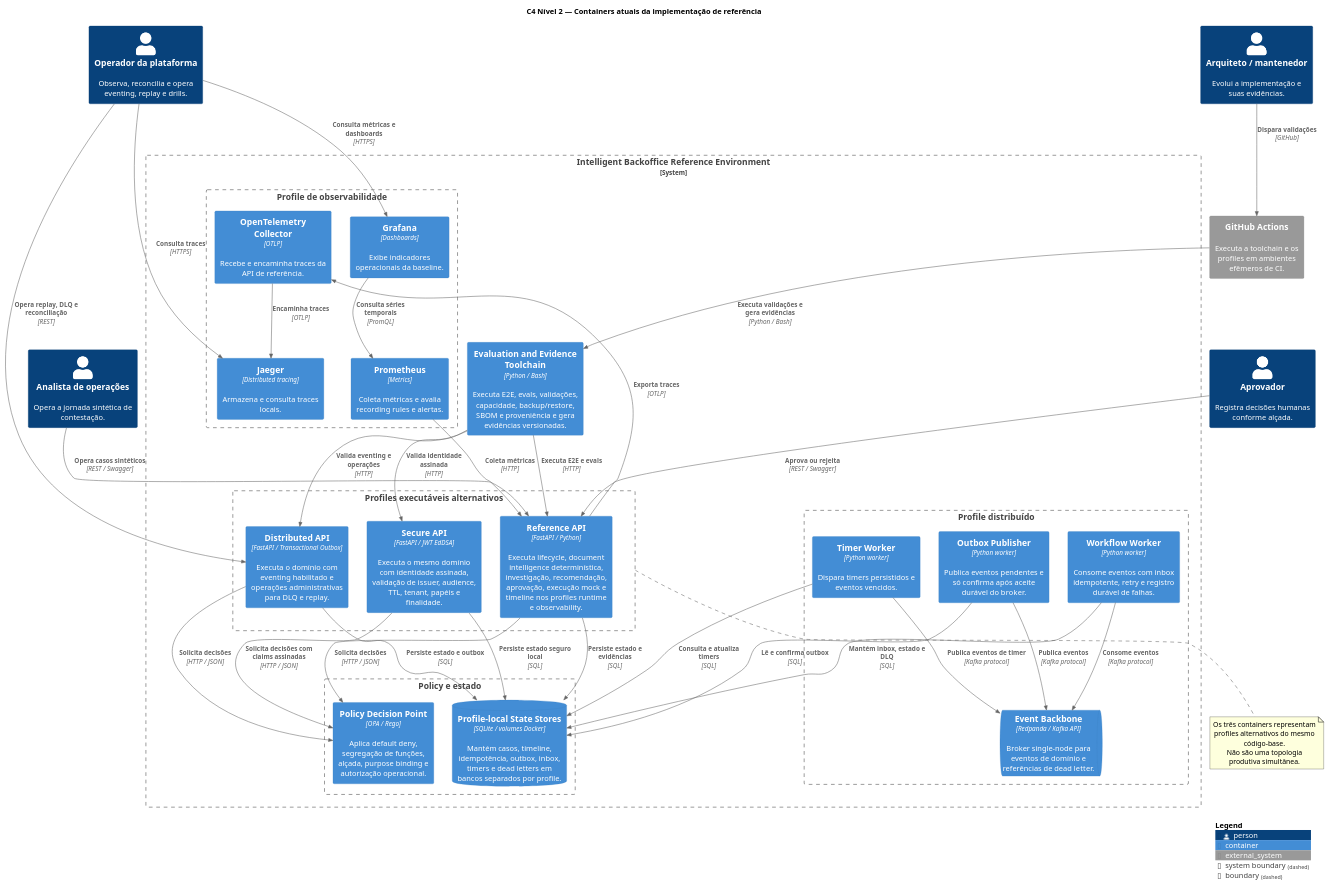
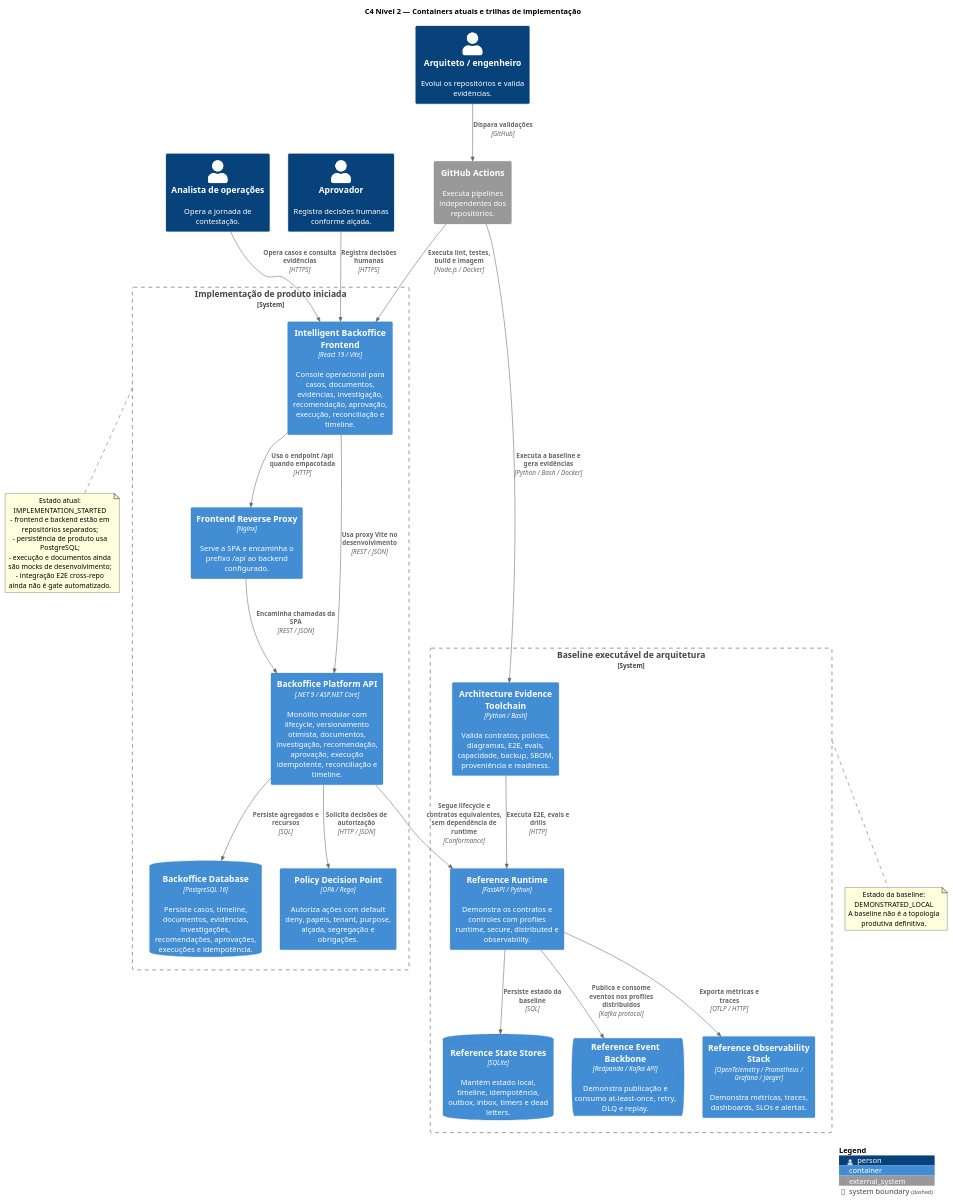
One commit to leandrosflora/intelligent-backoffice-platform-architecture changed the diagram in C4/c4-container-current.puml. Above: the diagram before and after it, drawn with PlantUML.

Commit message:
Atualiza containers C4 para frontend e backend de produto

```diff
--- a/C4/c4-container-current.puml
+++ b/C4/c4-container-current.puml
@@ -1,80 +1,61 @@
 @startuml
 !include <C4/C4_Container>
 
-title C4 Nível 2 — Containers atuais da implementação de referência
+title C4 Nível 2 — Containers atuais e trilhas de implementação
 LAYOUT_TOP_DOWN()
 
-Person(analyst, "Analista de operações", "Opera a jornada sintética de contestação.")
+Person(analyst, "Analista de operações", "Opera a jornada de contestação.")
 Person(approver, "Aprovador", "Registra decisões humanas conforme alçada.")
-Person(operator, "Operador da plataforma", "Observa, reconcilia e opera eventing, replay e drills.")
-Person(maintainer, "Arquiteto / mantenedor", "Evolui a implementação e suas evidências.")
+Person(engineer, "Arquiteto / engenheiro", "Evolui os repositórios e valida evidências.")
 
-System_Boundary(reference, "Intelligent Backoffice Reference Environment") {
-  Boundary(apiProfiles, "Profiles executáveis alternativos") {
-    Container(runtimeApi, "Reference API", "FastAPI / Python", "Executa lifecycle, document intelligence determinística, investigação, recomendação, aprovação, execução mock e timeline nos profiles runtime e observability.")
-    Container(secureApi, "Secure API", "FastAPI / JWT EdDSA", "Executa o mesmo domínio com identidade assinada, validação de issuer, audience, TTL, tenant, papéis e finalidade.")
-    Container(distributedApi, "Distributed API", "FastAPI / Transactional Outbox", "Executa o domínio com eventing habilitado e operações administrativas para DLQ e replay.")
-  }
-
-  Boundary(policyAndState, "Policy e estado") {
-    Container(opa, "Policy Decision Point", "OPA / Rego", "Aplica default deny, segregação de funções, alçada, purpose binding e autorização operacional.")
-    ContainerDb(sqlite, "Profile-local State Stores", "SQLite / volumes Docker", "Mantém casos, timeline, idempotência, outbox, inbox, timers e dead letters em bancos separados por profile.")
-  }
-
-  Boundary(distributedProfile, "Profile distribuído") {
-    Container(outboxPublisher, "Outbox Publisher", "Python worker", "Publica eventos pendentes e só confirma após aceite durável do broker.")
-    Container(workflowWorker, "Workflow Worker", "Python worker", "Consome eventos com inbox idempotente, retry e registro durável de falhas.")
-    Container(timerWorker, "Timer Worker", "Python worker", "Dispara timers persistidos e eventos vencidos.")
-    ContainerQueue(redpanda, "Event Backbone", "Redpanda / Kafka API", "Broker single-node para eventos de domínio e referências de dead letter.")
-  }
-
-  Boundary(observabilityProfile, "Profile de observabilidade") {
-    Container(otel, "OpenTelemetry Collector", "OTLP", "Recebe e encaminha traces da API de referência.")
-    Container(prometheus, "Prometheus", "Metrics", "Coleta métricas e avalia recording rules e alertas.")
-    Container(grafana, "Grafana", "Dashboards", "Exibe indicadores operacionais da baseline.")
-    Container(jaeger, "Jaeger", "Distributed tracing", "Armazena e consulta traces locais.")
-  }
-
-  Container(toolchain, "Evaluation and Evidence Toolchain", "Python / Bash", "Executa E2E, evals, validações, capacidade, backup/restore, SBOM e proveniência e gera evidências versionadas.")
+System_Boundary(product, "Implementação de produto iniciada") {
+  Container(spa, "Intelligent Backoffice Frontend", "React 19 / Vite", "Console operacional para casos, documentos, evidências, investigação, recomendação, aprovação, execução, reconciliação e timeline.")
+  Container(reverseProxy, "Frontend Reverse Proxy", "Nginx", "Serve a SPA e encaminha o prefixo /api ao backend configurado.")
+  Container(api, "Backoffice Platform API", ".NET 9 / ASP.NET Core", "Monólito modular com lifecycle, versionamento otimista, documentos, investigação, recomendação, aprovação, execução idempotente, reconciliação e timeline.")
+  ContainerDb(postgres, "Backoffice Database", "PostgreSQL 16", "Persiste casos, timeline, documentos, evidências, investigações, recomendações, aprovações, execuções e idempotência.")
+  Container(opaProduct, "Policy Decision Point", "OPA / Rego", "Autoriza ações com default deny, papéis, tenant, purpose, alçada, segregação e obrigações.")
 }
 
-System_Ext(actions, "GitHub Actions", "Executa a toolchain e os profiles em ambientes efêmeros de CI.")
+System_Boundary(reference, "Baseline executável de arquitetura") {
+  Container(referenceApi, "Reference Runtime", "FastAPI / Python", "Demonstra os contratos e controles com profiles runtime, secure, distributed e observability.")
+  ContainerDb(sqlite, "Reference State Stores", "SQLite", "Mantém estado local, timeline, idempotência, outbox, inbox, timers e dead letters.")
+  ContainerQueue(redpanda, "Reference Event Backbone", "Redpanda / Kafka API", "Demonstra publicação e consumo at-least-once, retry, DLQ e replay.")
+  Container(observability, "Reference Observability Stack", "OpenTelemetry / Prometheus / Grafana / Jaeger", "Demonstra métricas, traces, dashboards, SLOs e alertas.")
+  Container(toolchain, "Architecture Evidence Toolchain", "Python / Bash", "Valida contratos, policies, diagramas, E2E, evals, capacidade, backup, SBOM, proveniência e readiness.")
+}
 
-Rel(analyst, runtimeApi, "Opera casos sintéticos", "REST / Swagger")
-Rel(approver, runtimeApi, "Aprova ou rejeita", "REST / Swagger")
-Rel(operator, distributedApi, "Opera replay, DLQ e reconciliação", "REST")
-Rel(operator, grafana, "Consulta métricas e dashboards", "HTTPS")
-Rel(operator, jaeger, "Consulta traces", "HTTPS")
-Rel(maintainer, actions, "Dispara validações", "GitHub")
+System_Ext(actions, "GitHub Actions", "Executa pipelines independentes dos repositórios.")
 
-Rel(runtimeApi, opa, "Solicita decisões", "HTTP / JSON")
-Rel(runtimeApi, sqlite, "Persiste estado e evidências", "SQL")
-Rel(secureApi, opa, "Solicita decisões com claims assinadas", "HTTP / JSON")
-Rel(secureApi, sqlite, "Persiste estado seguro local", "SQL")
-Rel(distributedApi, opa, "Solicita decisões", "HTTP / JSON")
-Rel(distributedApi, sqlite, "Persiste estado e outbox", "SQL")
+Rel(analyst, spa, "Opera casos e consulta evidências", "HTTPS")
+Rel(approver, spa, "Registra decisões humanas", "HTTPS")
+Rel(spa, reverseProxy, "Usa o endpoint /api quando empacotada", "HTTP")
+Rel(reverseProxy, api, "Encaminha chamadas da SPA", "REST / JSON")
+Rel(spa, api, "Usa proxy Vite no desenvolvimento", "REST / JSON")
+Rel(api, postgres, "Persiste agregados e recursos", "SQL")
+Rel(api, opaProduct, "Solicita decisões de autorização", "HTTP / JSON")
 
-Rel(outboxPublisher, sqlite, "Lê e confirma outbox", "SQL")
-Rel(outboxPublisher, redpanda, "Publica eventos", "Kafka protocol")
-Rel(workflowWorker, redpanda, "Consome eventos", "Kafka protocol")
-Rel(workflowWorker, sqlite, "Mantém inbox, estado e DLQ", "SQL")
-Rel(timerWorker, sqlite, "Consulta e atualiza timers", "SQL")
-Rel(timerWorker, redpanda, "Publica eventos de timer", "Kafka protocol")
+Rel(engineer, actions, "Dispara validações", "GitHub")
+Rel(actions, spa, "Executa lint, testes, build e imagem", "Node.js / Docker")
+Rel(actions, toolchain, "Executa a baseline e gera evidências", "Python / Bash / Docker")
+Rel(toolchain, referenceApi, "Executa E2E, evals e drills", "HTTP")
+Rel(referenceApi, sqlite, "Persiste estado da baseline", "SQL")
+Rel(referenceApi, redpanda, "Publica e consome eventos nos profiles distribuídos", "Kafka protocol")
+Rel(referenceApi, observability, "Exporta métricas e traces", "OTLP / HTTP")
 
-Rel(runtimeApi, otel, "Exporta traces", "OTLP")
-Rel(prometheus, runtimeApi, "Coleta métricas", "HTTP")
-Rel(otel, jaeger, "Encaminha traces", "OTLP")
-Rel(grafana, prometheus, "Consulta séries temporais", "PromQL")
+Rel(api, referenceApi, "Segue lifecycle e contratos equivalentes, sem dependência de runtime", "Conformance")
 
-Rel(actions, toolchain, "Executa validações e gera evidências", "Python / Bash")
-Rel(toolchain, runtimeApi, "Executa E2E e evals", "HTTP")
-Rel(toolchain, secureApi, "Valida identidade assinada", "HTTP")
-Rel(toolchain, distributedApi, "Valida eventing e operações", "HTTP")
+note bottom of product
+Estado atual: IMPLEMENTATION_STARTED
+- frontend e backend estão em repositórios separados;
+- persistência de produto usa PostgreSQL;
+- execução e documentos ainda são mocks de desenvolvimento;
+- integração E2E cross-repo ainda não é gate automatizado.
+end note
 
-note bottom of apiProfiles
-Os três containers representam profiles alternativos do mesmo código-base.
-Não são uma topologia produtiva simultânea.
+note bottom of reference
+Estado da baseline: DEMONSTRATED_LOCAL
+A baseline não é a topologia produtiva definitiva.
 end note
 
 SHOW_LEGEND()
 @enduml
```
